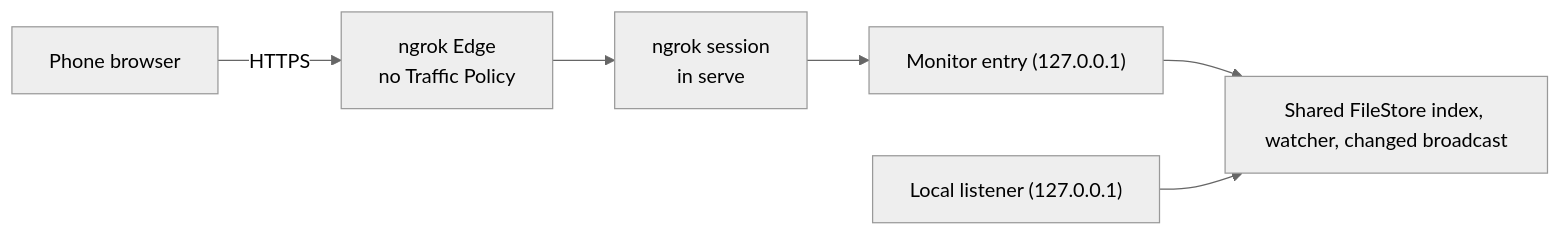
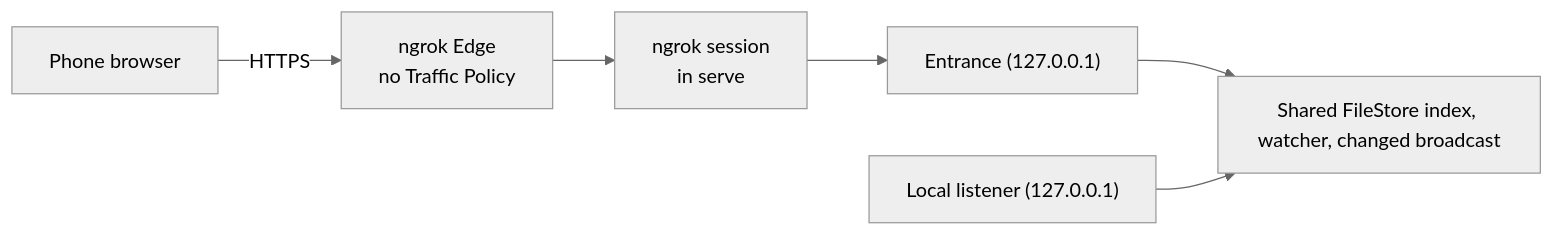
The diagram in docs/dev/concepts/remote-access.md (FooQoo/agent-board), drawn with Mermaid (neutral theme) before and after one commit. The commit also changed other lines of this file and 27 other files, not shown here.

First line of the commit message:
docs: describe the single board entrance and drop the old mobile monitor pages

````diff
--- a/docs/dev/concepts/remote-access.md
+++ b/docs/dev/concepts/remote-access.md
@@ -7,8 +7,8 @@
 ```mermaid
 flowchart LR
     Phone["Phone browser"] -->|HTTPS| Edge["ngrok Edge<br/>no Traffic Policy"]
     Edge --> Tunnel["ngrok session<br/>in serve"]
-    Tunnel --> Entry["Monitor entry (127.0.0.1)"]
+    Tunnel --> Entry["Entrance (127.0.0.1)"]
     Entry --> Shared["Shared FileStore index, watcher, changed broadcast"]
     LL["Local listener (127.0.0.1)"] --> Shared
 ```
````
